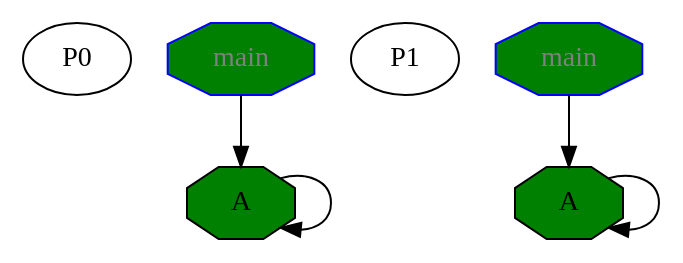
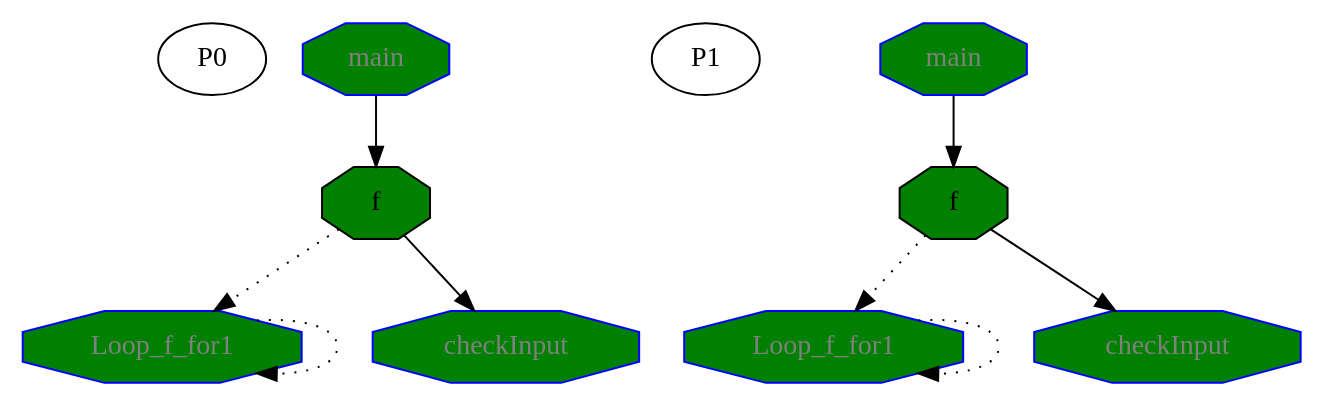
Before and after one commit to smaorus/rvt: the diagram in rv_out.gv, drawn with Graphviz. The commit also changed 10 other files, not shown here.

```diff
--- a/rv_out.gv
+++ b/rv_out.gv
@@ -1,22 +1,34 @@
 digraph G{
 subgraph G0{ 
 side0[label = P0]
 node[color = black];
-A0[label = "A",fontcolor = "black"];
+Loop_f_for10[label = "Loop_f_for1",fontcolor = "grey"];
+checkInput0[label = "checkInput",fontcolor = "grey"];
 main0[label = "main",fontcolor = "grey"];
-A0[shape = "octagon",  style = "filled", fillcolor = "green"]
+f0[label = "f",fontcolor = "black"];
+Loop_f_for10[shape = "octagon", color = "blue", style = "filled", fillcolor = "green"]
+checkInput0[shape = "octagon", color = "blue", style = "filled", fillcolor = "green"]
 main0[shape = "octagon", color = "blue", style = "filled", fillcolor = "green"]
-A0->A0
-main0->A0
+f0[shape = "octagon",  style = "filled", fillcolor = "green"]
+Loop_f_for10->Loop_f_for10[style = dotted]
+f0->Loop_f_for10[style = dotted]
+f0->checkInput0
+main0->f0
 }
 subgraph G1{ 
 side1[label = P1]
 node[color = black];
-A1[label = "A",fontcolor = "black"];
+Loop_f_for11[label = "Loop_f_for1",fontcolor = "grey"];
+checkInput1[label = "checkInput",fontcolor = "grey"];
 main1[label = "main",fontcolor = "grey"];
-A1[shape = "octagon",  style = "filled", fillcolor = "green"]
+f1[label = "f",fontcolor = "black"];
+Loop_f_for11[shape = "octagon", color = "blue", style = "filled", fillcolor = "green"]
+checkInput1[shape = "octagon", color = "blue", style = "filled", fillcolor = "green"]
 main1[shape = "octagon", color = "blue", style = "filled", fillcolor = "green"]
-A1->A1
-main1->A1
+f1[shape = "octagon",  style = "filled", fillcolor = "green"]
+Loop_f_for11->Loop_f_for11[style = dotted]
+f1->Loop_f_for11[style = dotted]
+f1->checkInput1
+main1->f1
 }
 }
```
